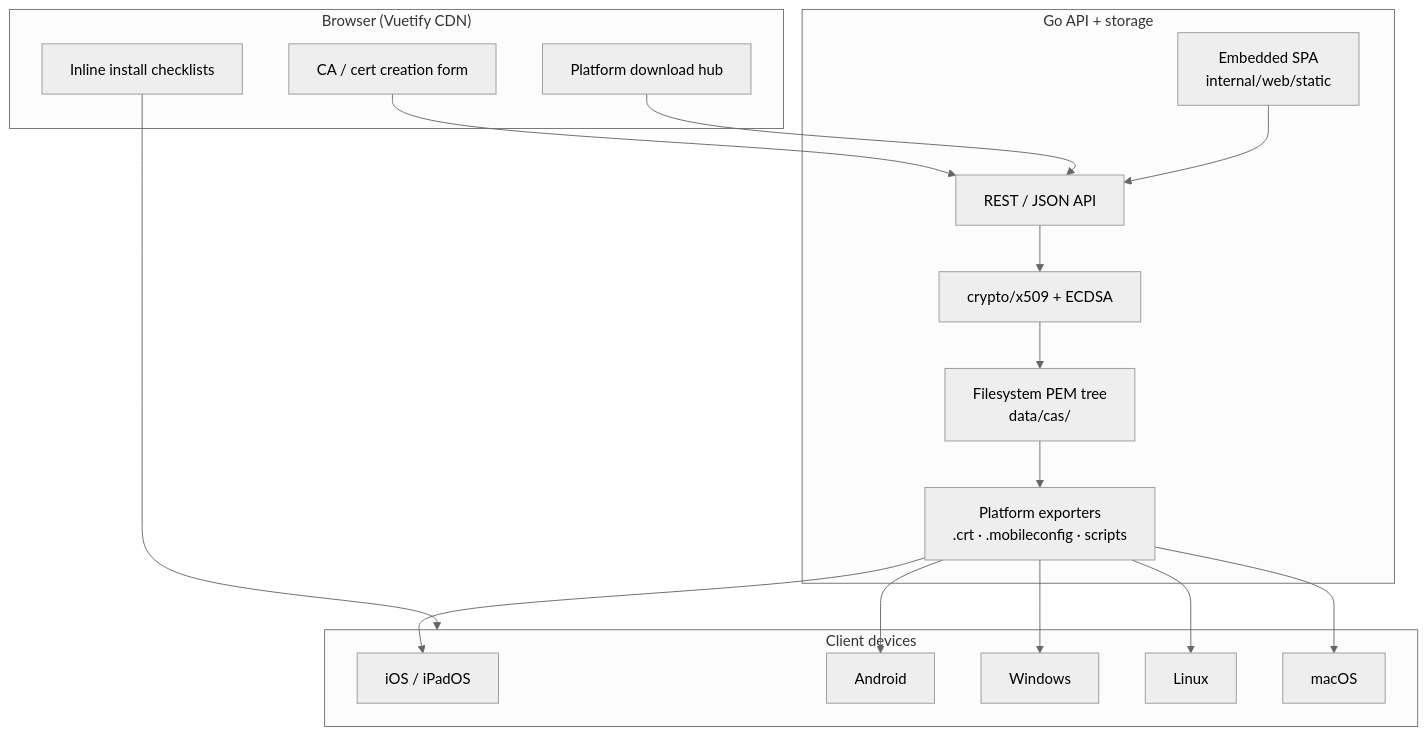
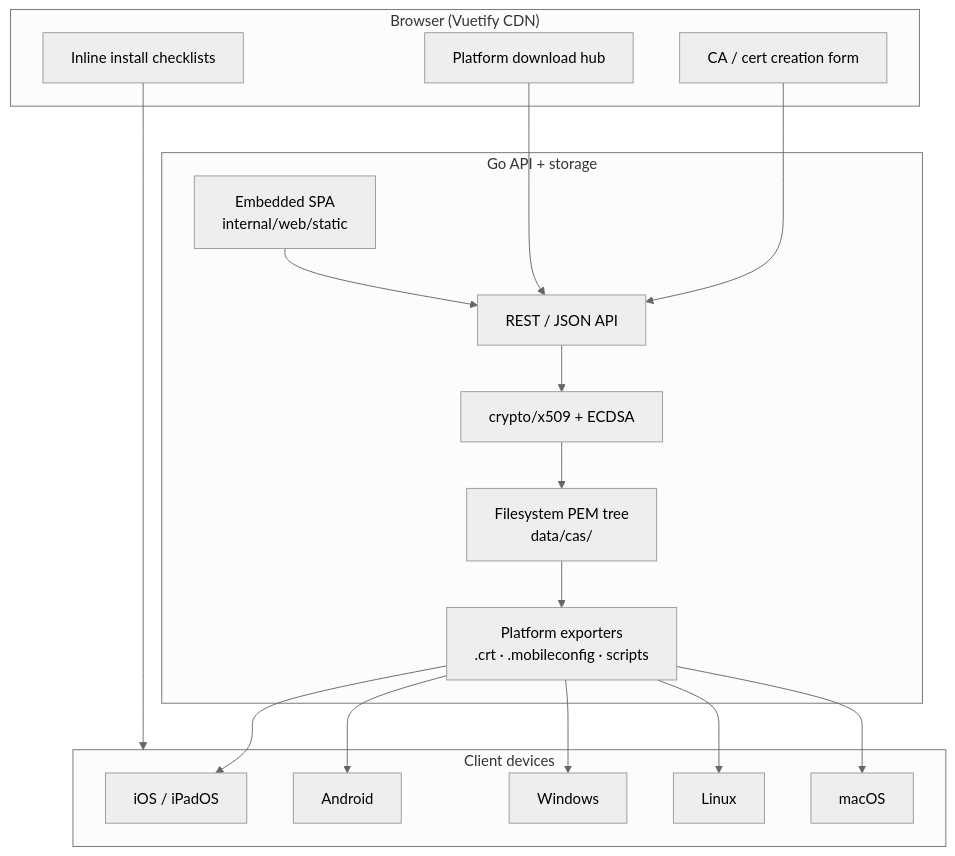
The diagram in README.md (eSlider/self-ca), drawn with Mermaid (neutral theme) before and after one commit. The commit also changed other lines of this file and 1 other file, not shown here.

````diff
--- a/README.md
+++ b/README.md
@@ -45,37 +134,37 @@
 ```mermaid
 graph TB
     subgraph Browser["Browser (Vuetify CDN)"]
         FORM["CA / cert creation form"]
         DL["Platform download hub"]
         GUIDE["Inline install checklists"]
     end
 
     subgraph Backend["Go API + storage"]
         API["REST / JSON API"]
         CRYPTO["crypto/x509 + ECDSA"]
         STORE["Filesystem PEM tree<br/>data/cas/"]
         EXPORT["Platform exporters<br/>.crt · .mobileconfig · scripts"]
         WEB["Embedded SPA<br/>internal/web/static"]
     end
 
     subgraph Clients["Client devices"]
         IOS["iOS / iPadOS"]
         AND["Android"]
         WIN["Windows"]
         LIN["Linux"]
         MAC["macOS"]
     end
 
-    FORM --> API
+    FORM ---> API
     DL --> API
     WEB --> API
     API --> CRYPTO
     CRYPTO --> STORE
     STORE --> EXPORT
     EXPORT --> IOS
     EXPORT --> AND
     EXPORT --> WIN
     EXPORT --> LIN
     EXPORT --> MAC
     GUIDE --> Clients
 ```
````
